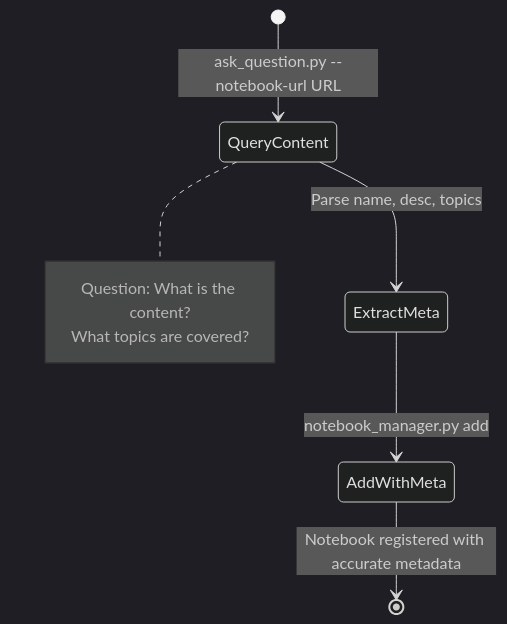
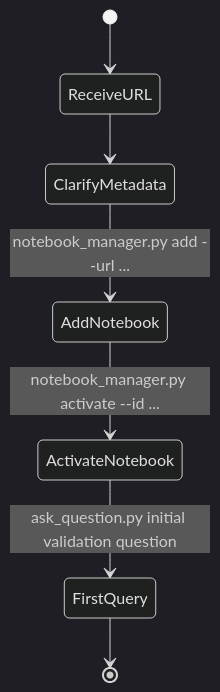
One commit to khengyun/notebooklm-experts-skill changed the fifth of 10 diagrams in references/best-practices.md. Above: the diagram before and after it, drawn with Mermaid (dark theme). The commit also changed other lines of this file and 23 other files, not shown here.

````diff
--- a/references/best-practices.md
+++ b/references/best-practices.md
@@ -46,13 +100,9 @@
 ```mermaid
 stateDiagram-v2
-    [*] --> QueryContent: ask_question.py --notebook-url URL
-
-    QueryContent --> ExtractMeta: Parse name, desc, topics
-    ExtractMeta --> AddWithMeta: notebook_manager.py add
-    AddWithMeta --> [*]: Notebook registered with accurate metadata
-
-    note right of QueryContent
-        Question: What is the content?
-        What topics are covered?
-    end note
+    [*] --> ReceiveURL
+    ReceiveURL --> ClarifyMetadata
+    ClarifyMetadata --> AddNotebook: notebook_manager.py add --url ...
+    AddNotebook --> ActivateNotebook: notebook_manager.py activate --id ...
+    ActivateNotebook --> FirstQuery: ask_question.py initial validation question
+    FirstQuery --> [*]
 ```
````
